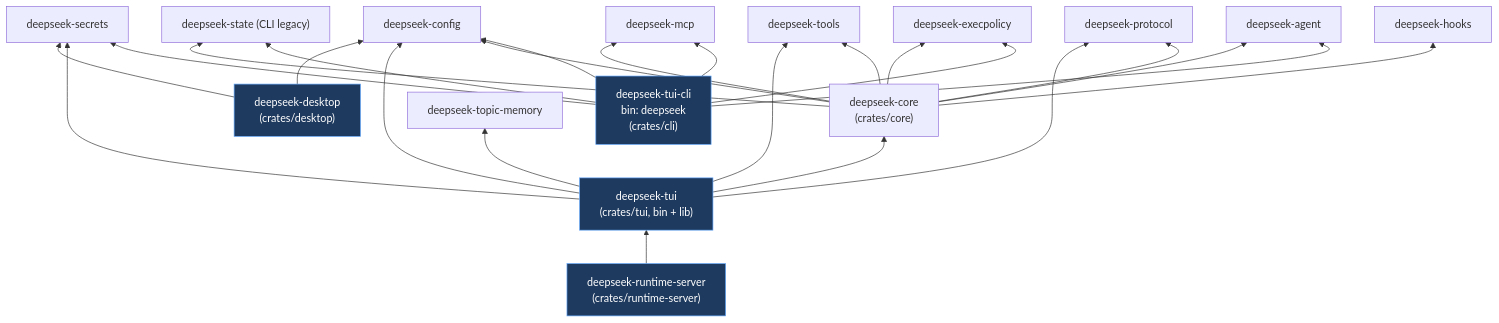
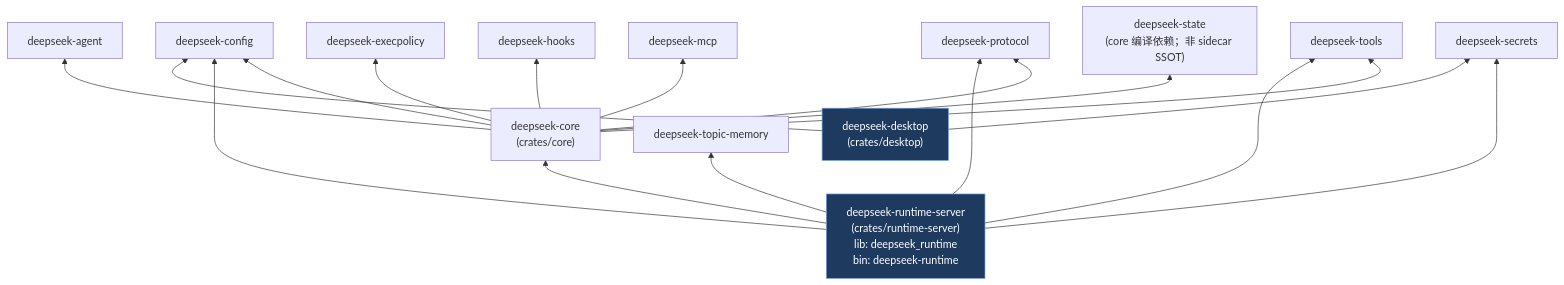
One commit to didclawapp-ai/zagens changed the third of 5 diagrams in docs/tech/RUNTIME_ARCHITECTURE.md. Above: the diagram before and after it, drawn with Mermaid. The commit also changed other lines of this file and 15 other files, not shown here.

````diff
--- a/docs/tech/RUNTIME_ARCHITECTURE.md
+++ b/docs/tech/RUNTIME_ARCHITECTURE.md
@@ -223,48 +214,38 @@
 ```mermaid
 flowchart BT
     DESK["deepseek-desktop<br/>(crates/desktop)"]
-    RT_SRV["deepseek-runtime-server<br/>(crates/runtime-server)"]
-    TUI["deepseek-tui<br/>(crates/tui, bin + lib)"]
-    CLI["deepseek-tui-cli<br/>bin: deepseek<br/>(crates/cli)"]
+    RT["deepseek-runtime-server<br/>(crates/runtime-server)<br/>lib: deepseek_runtime<br/>bin: deepseek-runtime"]
     CORE["deepseek-core<br/>(crates/core)"]
     TM["deepseek-topic-memory"]
     PROTO["deepseek-protocol"]
     CFG["deepseek-config"]
     SEC["deepseek-secrets"]
     TOOLS["deepseek-tools"]
     AGENT["deepseek-agent"]
     EXEC["deepseek-execpolicy"]
     HOOKS["deepseek-hooks"]
     MCP["deepseek-mcp"]
-    STATE["deepseek-state (CLI legacy)"]
+    STATE["deepseek-state<br/>(core 编译依赖；非 sidecar SSOT)"]
 
     DESK --> CFG
     DESK --> SEC
 
-    RT_SRV --> TUI
-    TUI --> CORE
-    TUI --> CFG
-    TUI --> SEC
-    TUI --> PROTO
-    TUI --> TOOLS
-    TUI --> TM
+    RT --> CORE
+    RT --> CFG
+    RT --> SEC
+    RT --> PROTO
+    RT --> TOOLS
+    RT --> TM
 
     CORE --> AGENT
     CORE --> CFG
     CORE --> EXEC
     CORE --> HOOKS
     CORE --> MCP
     CORE --> PROTO
     CORE --> STATE
     CORE --> TOOLS
 
-    CLI --> AGENT
-    CLI --> CFG
-    CLI --> EXEC
-    CLI --> MCP
-    CLI --> SEC
-    CLI --> STATE
-
     classDef product fill:#1e3a5f,stroke:#60a5fa,color:#fff
-    class DESK,RT_SRV,TUI,CLI product
+    class DESK,RT product
 ```
````
